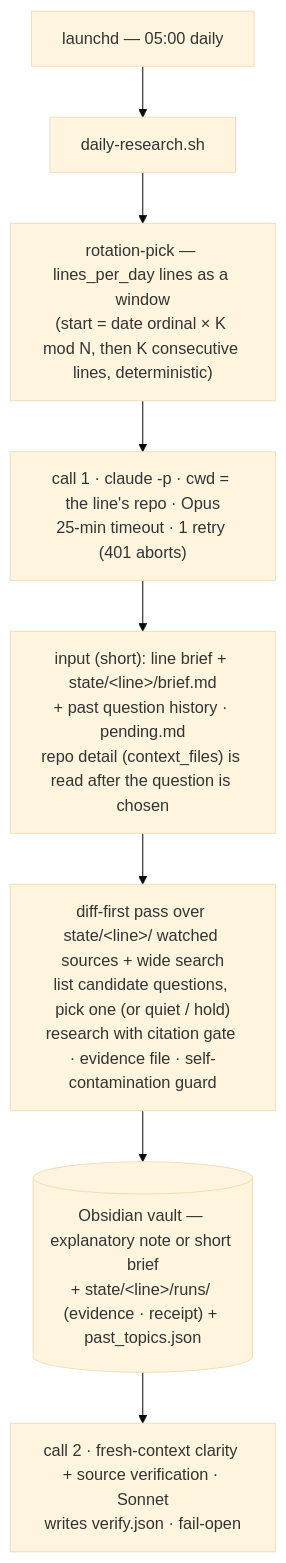
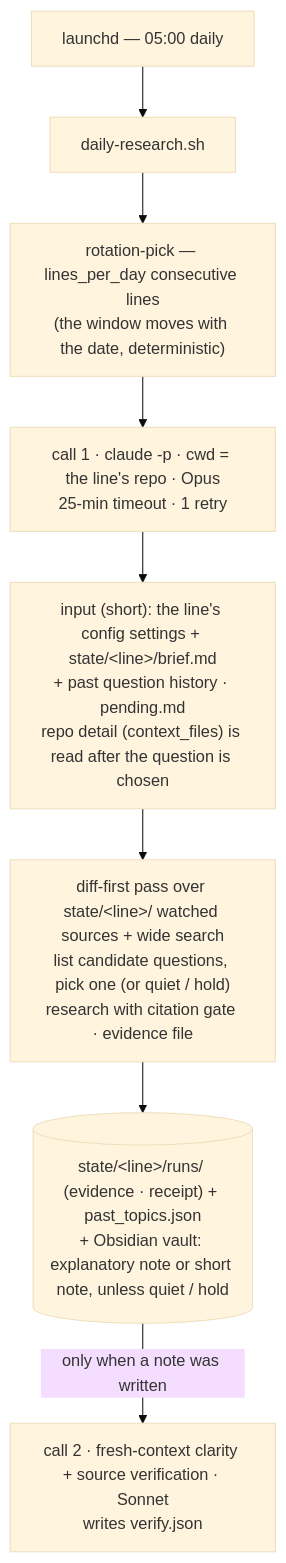
Before and after one commit to shimo4228/daily-research: the diagram in README.md, drawn with Mermaid (base theme). The commit also changed other lines of this file and 3 other files, not shown here.

````diff
--- a/README.md
+++ b/README.md
@@ -15,10 +19,10 @@
 ```mermaid
 flowchart TD
     cron["launchd — 05:00 daily"] --> orch["daily-research.sh"]
-    orch --> pick["rotation-pick — lines_per_day lines as a window<br/>(start = date ordinal × K mod N, then K consecutive lines, deterministic)"]
-    pick --> loop["call 1 · claude -p · cwd = the line's repo · Opus<br/>25-min timeout · 1 retry (401 aborts)"]
-    loop --> ctx["input (short): line brief + state/&lt;line&gt;/brief.md<br/>+ past question history · pending.md<br/>repo detail (context_files) is read after the question is chosen"]
-    ctx --> run["diff-first pass over state/&lt;line&gt;/ watched sources + wide search<br/>list candidate questions, pick one (or quiet / hold)<br/>research with citation gate · evidence file · self-contamination guard"]
-    run --> out[("Obsidian vault — explanatory note or short brief<br/>+ state/&lt;line&gt;/runs/ (evidence · receipt) + past_topics.json")]
-    out --> clarity["call 2 · fresh-context clarity + source verification · Sonnet<br/>writes verify.json · fail-open"]
+    orch --> pick["rotation-pick — lines_per_day consecutive lines<br/>(the window moves with the date, deterministic)"]
+    pick --> loop["call 1 · claude -p · cwd = the line's repo · Opus<br/>25-min timeout · 1 retry"]
+    loop --> ctx["input (short): the line's config settings + state/&lt;line&gt;/brief.md<br/>+ past question history · pending.md<br/>repo detail (context_files) is read after the question is chosen"]
+    ctx --> run["diff-first pass over state/&lt;line&gt;/ watched sources + wide search<br/>list candidate questions, pick one (or quiet / hold)<br/>research with citation gate · evidence file"]
+    run --> out[("state/&lt;line&gt;/runs/ (evidence · receipt) + past_topics.json<br/>+ Obsidian vault: explanatory note or short note, unless quiet / hold")]
+    out -->|only when a note was written| clarity["call 2 · fresh-context clarity + source verification · Sonnet<br/>writes verify.json"]
 ```
````
